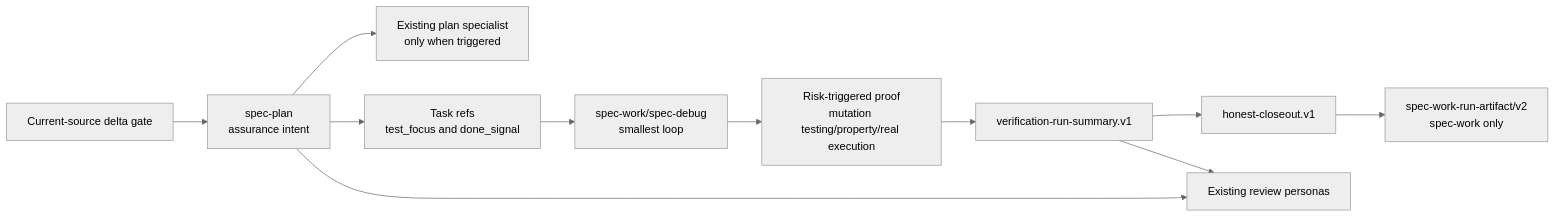
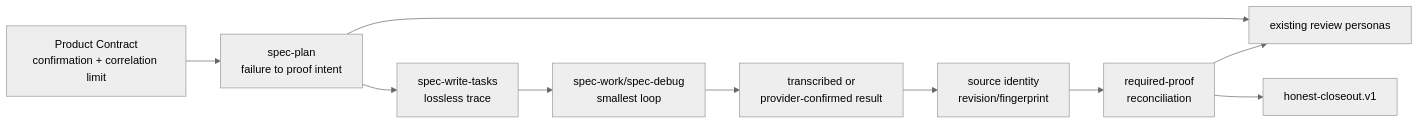
The diagram in docs/plans/2026-08-04-001-feat-risk-driven-assurance-integration-plan.md (leo-kuang-ai/spec-first), drawn with Mermaid (neutral theme) before and after one commit. The commit also changed other lines of this file and 20 other files, not shown here.

First line of the commit message:
[TASK-ASSURANCE-001] feat(assurance): 集成风险驱动可信验证

````diff
--- a/docs/plans/2026-08-04-001-feat-risk-driven-assurance-integration-plan.md
+++ b/docs/plans/2026-08-04-001-feat-risk-driven-assurance-integration-plan.md
@@ -243,13 +185,12 @@
 ```mermaid
 flowchart LR
-  DELTA[Current-source delta gate] --> PLAN[spec-plan<br/>assurance intent]
-  PLAN --> SPECIALIST[Existing plan specialist<br/>only when triggered]
-  PLAN --> TASKS[Task refs<br/>test_focus and done_signal]
+  SPEC[Product Contract<br/>confirmation + correlation limit] --> PLAN[spec-plan<br/>failure to proof intent]
+  PLAN --> TASKS[spec-write-tasks<br/>lossless trace]
   TASKS --> WORK[spec-work/spec-debug<br/>smallest loop]
-  WORK --> CHECKS[Risk-triggered proof<br/>mutation testing/property/real execution]
-  CHECKS --> SUMMARY[verification-run-summary.v1]
-  SUMMARY --> CLOSEOUT[honest-closeout.v1]
-  PLAN --> REVIEW[Existing review personas]
-  SUMMARY --> REVIEW
-  CLOSEOUT --> ARTIFACT[spec-work-run-artifact/v2<br/>spec-work only]
+  WORK --> RESULT[transcribed or<br/>provider-confirmed result]
+  RESULT --> BIND[source identity<br/>revision/fingerprint]
+  BIND --> RECON[required-proof<br/>reconciliation]
+  PLAN --> REVIEW[existing review personas]
+  RECON --> REVIEW
+  RECON --> CLOSEOUT[honest-closeout.v1]
 ```
````
